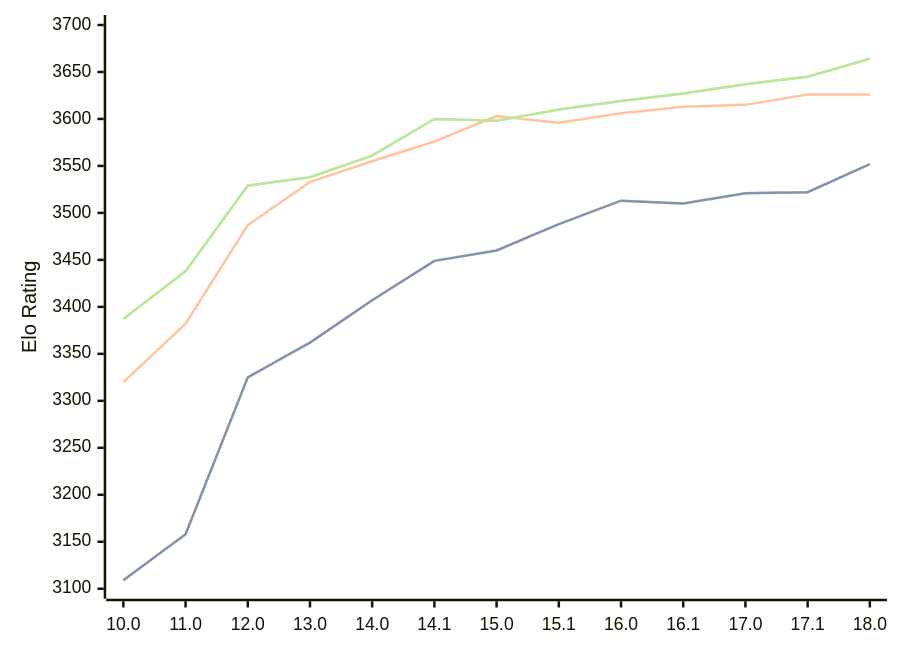
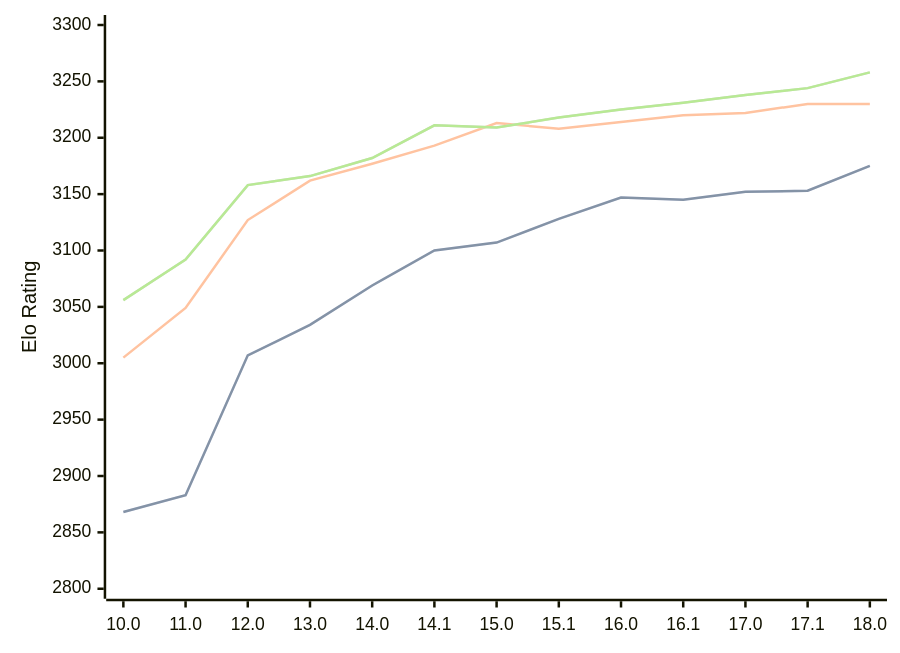
Before and after one commit to computer-chess-index/cci: the diagram in engines/Stockfish.md, drawn with Mermaid. The commit also changed other lines of this file, not shown here.

Commit message:
Update CCI Ratings (ELO VLTC) - 2026-02-23

````diff
--- a/engines/Stockfish.md
+++ b/engines/Stockfish.md
@@ -42,11 +42,11 @@
 ```mermaid
 %%{init: {"theme":"base","themeVariables":{"seriesColors:['#a3a3a3','#222221','#faa371']}}}%%
 xychart-beta
   x-axis ["10.0", "11.0", "12.0", "13.0", "14.0", "14.1", "15.0", "15.1", "16.0", "16.1", "17.0", "17.1", "18.0"]
-  y-axis "Elo Rating" 3100 --> 3700
-  line "STC (8.0+0.08s)" [3109, 3158, 3325, 3362, 3407, 3449, 3460, 3488, 3513, 3510, 3521, 3522, 3552]
-  line "STC (8.0+0.08s)" [3109, 3158, 3325, 3362, 3407, 3449, 3460, 3488, 3513, 3510, 3521, 3522, 3552]
-  line "LTC (60.0+0.60s)" [3320, 3382, 3487, 3533, 3555, 3576, 3603, 3596, 3606, 3613, 3615, 3626, 3626]
-  line "VLTC (2m24s+1.12s)" [3387, 3438, 3529, 3538, 3561, 3600, 3598, 3610, 3619, 3627, 3637, 3645, 3664]
-  line "VLTC (2m24s+1.12s)" [3387, 3438, 3529, 3538, 3561, 3600, 3598, 3610, 3619, 3627, 3637, 3645, 3664]
+  y-axis "Elo Rating" 2800 --> 3300
+  line "STC (8.0+0.08s)" [2868, 2883, 3007, 3034, 3069, 3100, 3107, 3128, 3147, 3145, 3152, 3153, 3175]
+  line "STC (8.0+0.08s)" [2868, 2883, 3007, 3034, 3069, 3100, 3107, 3128, 3147, 3145, 3152, 3153, 3175]
+  line "LTC (60.0+0.60s)" [3005, 3049, 3127, 3162, 3177, 3193, 3213, 3208, 3214, 3220, 3222, 3230, 3230]
+  line "VLTC (2m24s+1.12s)" [3056, 3092, 3158, 3166, 3182, 3211, 3209, 3218, 3225, 3231, 3238, 3244, 3258]
+  line "VLTC (2m24s+1.12s)" [3056, 3092, 3158, 3166, 3182, 3211, 3209, 3218, 3225, 3231, 3238, 3244, 3258]
 ```
````
